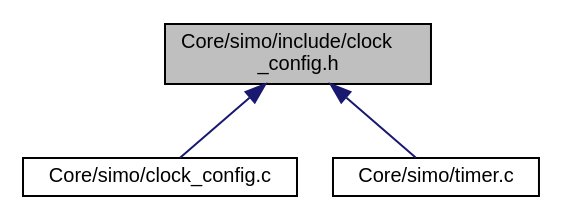
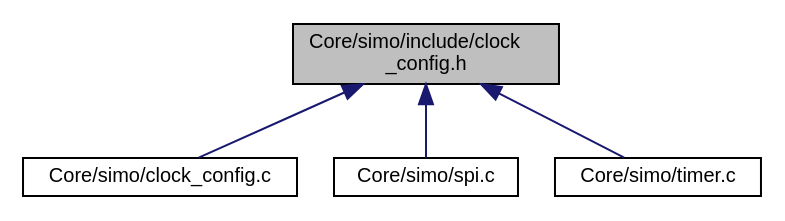
Before and after one commit to Germanvelardez2018/SIMO-STM32-framework: the diagram in docs/clock__config_8h__dep__incl.dot, drawn with Graphviz. The commit also changed 50 other files, not shown here.

```diff
--- a/docs/clock__config_8h__dep__incl.dot
+++ b/docs/clock__config_8h__dep__incl.dot
@@ -1,11 +1,13 @@
 digraph "Core/simo/include/clock_config.h"
 {
  // LATEX_PDF_SIZE
   edge [fontname="Helvetica",fontsize="10",labelfontname="Helvetica",labelfontsize="10"];
   node [fontname="Helvetica",fontsize="10",shape=record];
   Node1 [label="Core/simo/include/clock\l_config.h",height=0.2,width=0.4,color="black", fillcolor="grey75", style="filled", fontcolor="black",tooltip=" "];
   Node1 -> Node2 [dir="back",color="midnightblue",fontsize="10",style="solid",fontname="Helvetica"];
   Node2 [label="Core/simo/clock_config.c",height=0.2,width=0.4,color="black", fillcolor="white", style="filled",URL="$clock__config_8c.html",tooltip=" "];
   Node1 -> Node3 [dir="back",color="midnightblue",fontsize="10",style="solid",fontname="Helvetica"];
-  Node3 [label="Core/simo/timer.c",height=0.2,width=0.4,color="black", fillcolor="white", style="filled",URL="$timer_8c.html",tooltip=" "];
+  Node3 [label="Core/simo/spi.c",height=0.2,width=0.4,color="black", fillcolor="white", style="filled",URL="$spi_8c.html",tooltip="Driver para abstraer el hardware SPI."];
+  Node1 -> Node4 [dir="back",color="midnightblue",fontsize="10",style="solid",fontname="Helvetica"];
+  Node4 [label="Core/simo/timer.c",height=0.2,width=0.4,color="black", fillcolor="white", style="filled",URL="$timer_8c.html",tooltip=" "];
 }
```
